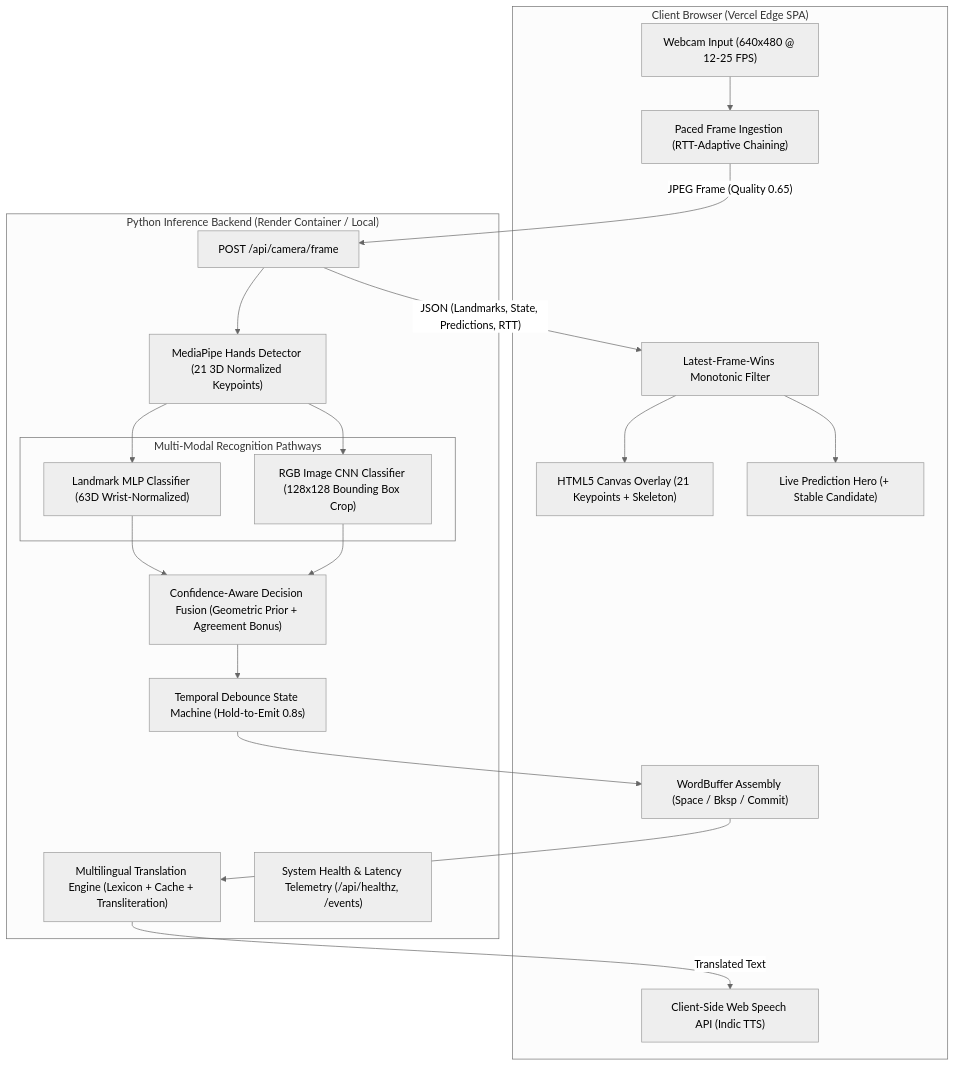
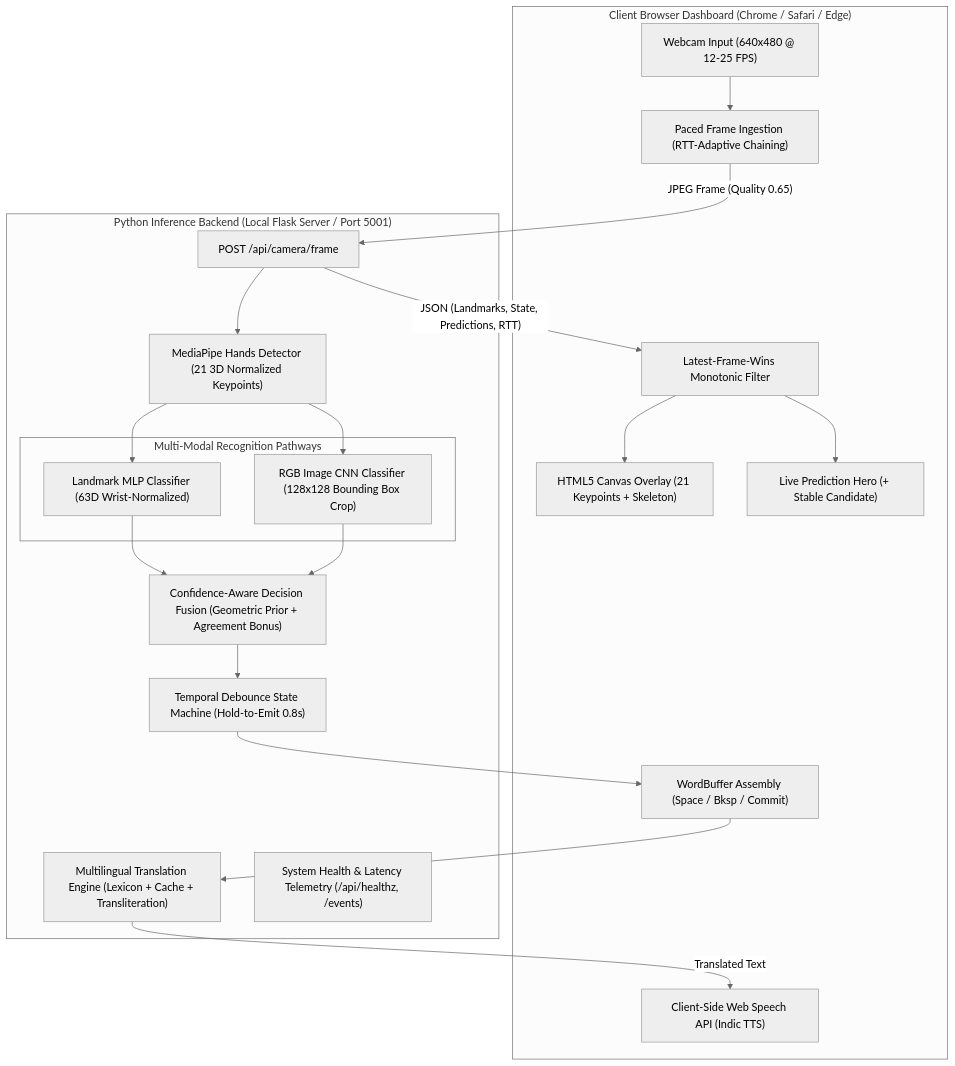
One commit to TechnoDream956/indian-sign-language-recognition changed the first of 2 diagrams in README.md. Above: the diagram before and after it, drawn with Mermaid (neutral theme). The commit also changed other lines of this file and 1 other file, not shown here.

Commit message:
docs: correct README architecture and Python installation instructions

````diff
--- a/README.md
+++ b/README.md
@@ -84,43 +84,43 @@
 ```mermaid
 flowchart TD
-    subgraph Client ["Client Browser (Vercel Edge SPA)"]
+    subgraph Client ["Client Browser Dashboard (Chrome / Safari / Edge)"]
         Cam["Webcam Input (640x480 @ 12-25 FPS)"]
         Canvas["HTML5 Canvas Overlay (21 Keypoints + Skeleton)"]
         Loop["Paced Frame Ingestion (RTT-Adaptive Chaining)"]
         Order["Latest-Frame-Wins Monotonic Filter"]
         Hero["Live Prediction Hero (+ Stable Candidate)"]
         Composer["WordBuffer Assembly (Space / Bksp / Commit)"]
         Speech["Client-Side Web Speech API (Indic TTS)"]
     end
 
-    subgraph Backend ["Python Inference Backend (Render Container / Local)"]
+    subgraph Backend ["Python Inference Backend (Local Flask Server / Port 5001)"]
         Ingest["POST /api/camera/frame"]
         MP["MediaPipe Hands Detector (21 3D Normalized Keypoints)"]
 
         subgraph Modalities ["Multi-Modal Recognition Pathways"]
             Geom["Landmark MLP Classifier (63D Wrist-Normalized)"]
             CNN["RGB Image CNN Classifier (128x128 Bounding Box Crop)"]
         end
 
         Fusion["Confidence-Aware Decision Fusion (Geometric Prior + Agreement Bonus)"]
         Debounce["Temporal Debounce State Machine (Hold-to-Emit 0.8s)"]
         NLP["Multilingual Translation Engine (Lexicon + Cache + Transliteration)"]
         Telemetry["System Health & Latency Telemetry (/api/healthz, /events)"]
     end
 
     Cam --> Loop
     Loop -- "JPEG Frame (Quality 0.65)" --> Ingest
     Ingest --> MP
     MP --> Geom
     MP --> CNN
     Geom --> Fusion
     CNN --> Fusion
     Fusion --> Debounce
     Debounce --> Composer
     Composer --> NLP
 
     Ingest -- "JSON (Landmarks, State, Predictions, RTT)" --> Order
     Order --> Canvas
     Order --> Hero
     NLP -- "Translated Text" --> Speech
 ```
````
